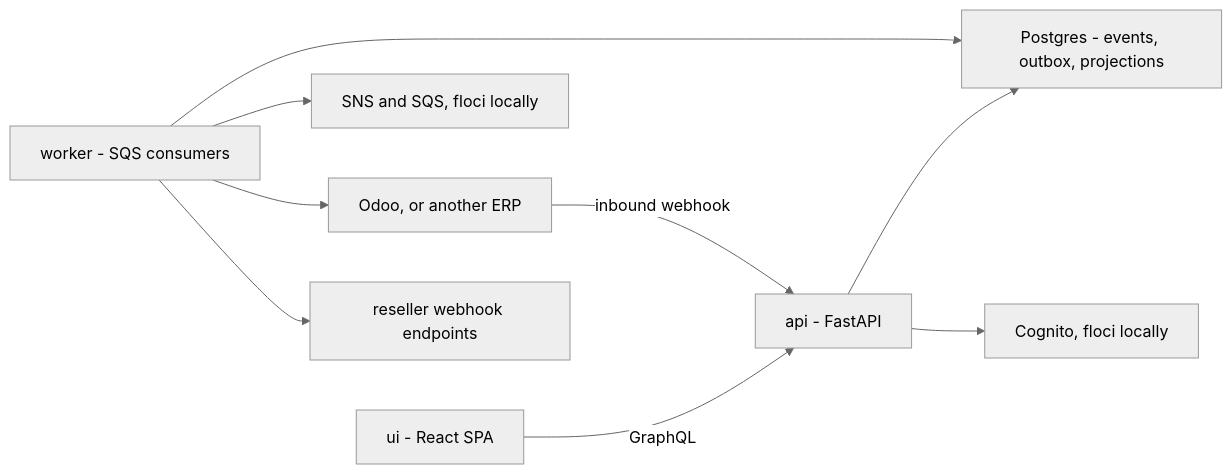
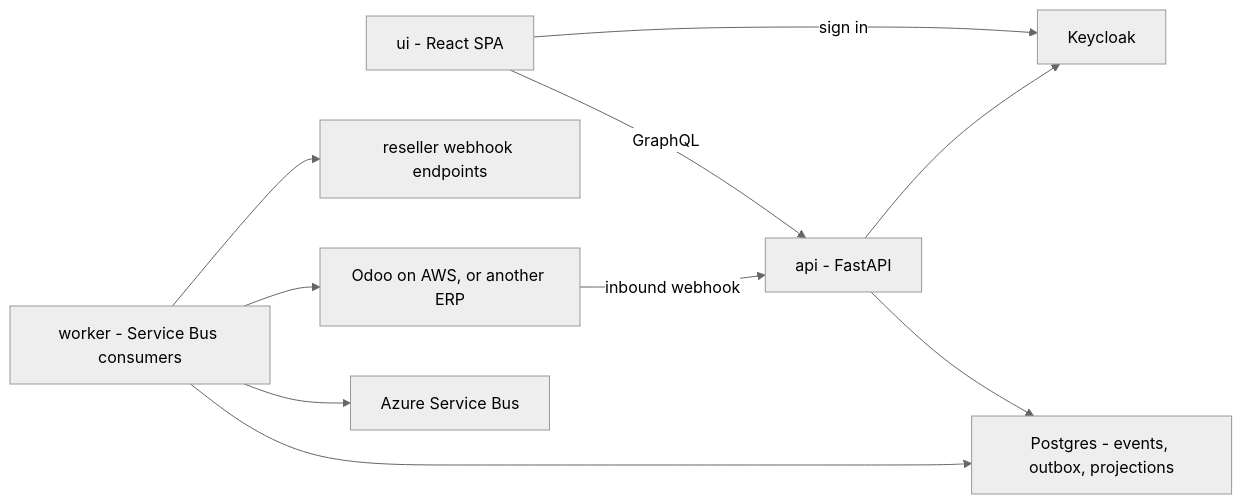
One commit to NTTDATA-Github/Quote-To-Cash-AIDLC changed the diagram in README.md. Above: the diagram before and after it, drawn with Mermaid (neutral theme). The commit also changed other lines of this file and 6 other files, not shown here.

````diff
--- a/README.md
+++ b/README.md
@@ -38,11 +24,12 @@
 ```mermaid
 flowchart LR
     UI["ui - React SPA"] -->|GraphQL| API["api - FastAPI"]
+    UI -->|sign in| KC["Keycloak"]
     API --> PG["Postgres - events, outbox, projections"]
-    API --> COG["Cognito, floci locally"]
-    WORKER["worker - SQS consumers"] --> PG
-    WORKER --> SQS["SNS and SQS, floci locally"]
-    WORKER --> ODOO["Odoo, or another ERP"]
+    API --> KC
+    WORKER["worker - Service Bus consumers"] --> PG
+    WORKER --> SB["Azure Service Bus"]
+    WORKER --> ODOO["Odoo on AWS, or another ERP"]
     WORKER --> HOOK["reseller webhook endpoints"]
     ODOO -->|inbound webhook| API
 ```
````
